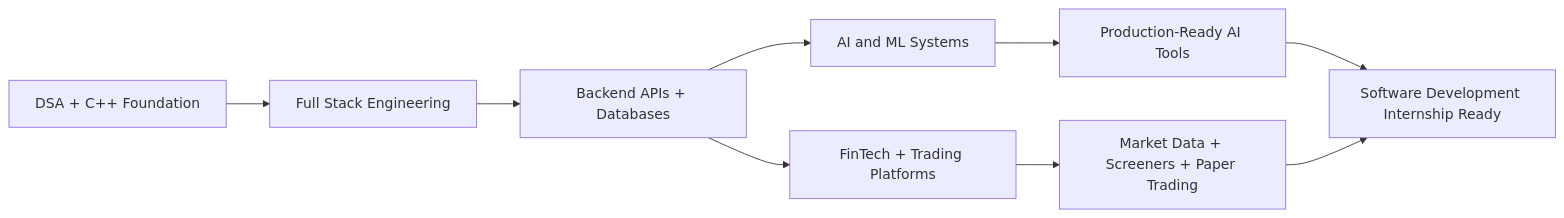
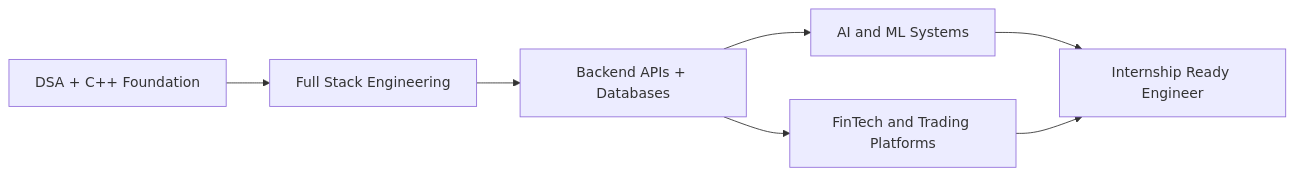
The diagram in README.md (tanmay-alpha/tanmay-alpha), drawn with Mermaid before and after one commit. The commit also changed other lines of this file and 3 other files, not shown here.

````diff
--- a/README.md
+++ b/README.md
@@ -528,11 +502,9 @@
 ```mermaid
 flowchart LR
     A[DSA + C++ Foundation] --> B[Full Stack Engineering]
     B --> C[Backend APIs + Databases]
     C --> D[AI and ML Systems]
-    C --> E[FinTech + Trading Platforms]
-    D --> F[Production-Ready AI Tools]
-    E --> G[Market Data + Screeners + Paper Trading]
-    F --> H[Software Development Internship Ready]
-    G --> H
+    C --> E[FinTech and Trading Platforms]
+    D --> F[Internship Ready Engineer]
+    E --> F
 ```
````
